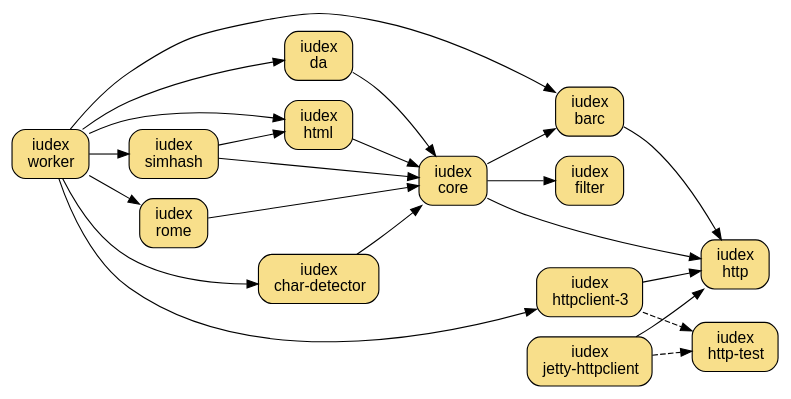
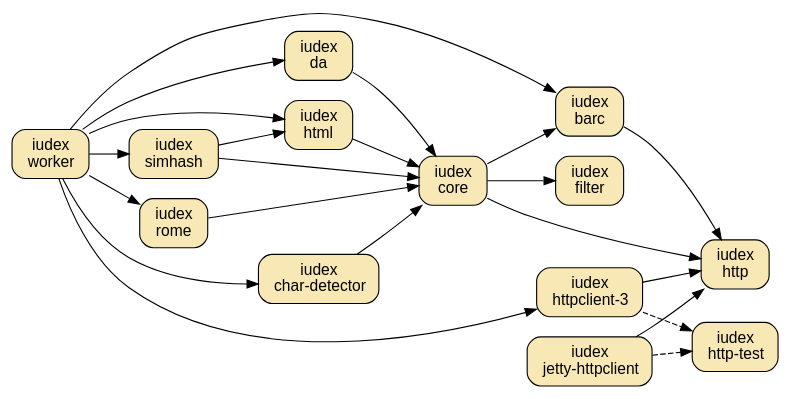
The diagram in www/_dot/iudex.dot (dekellum/iudex), drawn with Graphviz before and after one commit. The commit also changed 10 other files, not shown here.

```diff
--- a/www/_dot/iudex.dot
+++ b/www/_dot/iudex.dot
@@ -1,73 +1,73 @@
 digraph "iudex-gems" {
   rankdir=LR;
-  size="6.5,4";
+  size="6.5,4.5";
   bgcolor="transparent";
-  node [ shape=box, style="filled,rounded", fillcolor="#f8df8b",
+  node [ shape=box, style="filled,rounded", fillcolor="#f7e8b5",
          fontname="Arial",  margin="0.2,0.1" ];
 
   barc        [ label=<iudex<br/>barc>, target=_parent, URL="../barc.html" ];
   char_detect [ label=<iudex<br/>char-detector> ];
   core        [ label=<iudex<br/>core> ];
   da          [ label=<iudex<br/>da>, target=_parent, URL="../da/index.html" ]
   filter      [ label=<iudex<br/>filter> ];
   html        [ label=<iudex<br/>html> ];
   rome        [ label=<iudex<br/>rome> ];
   simhash     [ label=<iudex<br/>simhash> ];
   worker      [ label=<iudex<br/>worker> ];
 
 # subgraph cluster_http { style=invis };
   http             [ label=<iudex<br/>http> ];
   httpclient_3     [ label=<iudex<br/>httpclient-3<br/>> ];
   jetty_httpclient [ label=<iudex<br/>jetty-httpclient<br/>> ];
   http_test        [ label=<iudex<br/>http-test> ];
 
   httpclient_3     -> http
   httpclient_3     -> http_test [ style=dashed ];
   jetty_httpclient -> http
   jetty_httpclient -> http_test [ style=dashed ];
 
   barc        -> http
   char_detect -> core
   core        -> barc
   core        -> filter
   core        -> http
   da          -> core
   html        -> core
   rome        -> core
   simhash     -> core
   simhash     -> html
   worker      -> barc
   worker      -> char_detect
   worker      -> da
   worker      -> html
   worker      -> httpclient_3
   worker      -> rome
   worker      -> simhash
 
 #  barc        -> "gravitext-util"
 #  barc        -> "rjack-slf4j"
 #  char_detect -> filter
 #  core        -> "gravitext-util"
 #  core        -> "rjack-logback"
 #  core        -> "rjack-slf4j"
 #  core        -> simhash
 #  da          -> "gravitext-util"
 #  da          -> "rjack-slf4j"
 #  da          -> filter
 #  filter      -> "gravitext-util"
 #  filter      -> "rjack-logback"
 #  filter      -> "rjack-slf4j"
 #  html        -> filter
 #  http        -> "gravitext-util"
 #  http        -> "rjack-slf4j"
 #  simhash     -> filter
 #  worker      -> core
 
 #  sitemap [ style="rounded,dashed" ];
 #  sitemap [ target=_parent, URL="../sitemap.html" ];
 #  sitemap -> core
 
 #  publisher [ style="rounded,dashed" ];
 #  publisher -> da
 #  publisher -> barc
 }
```
